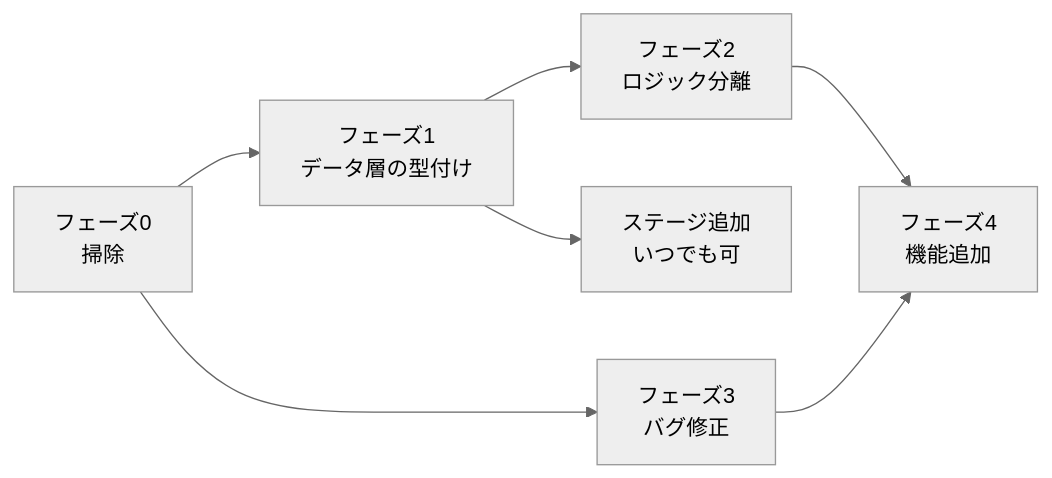
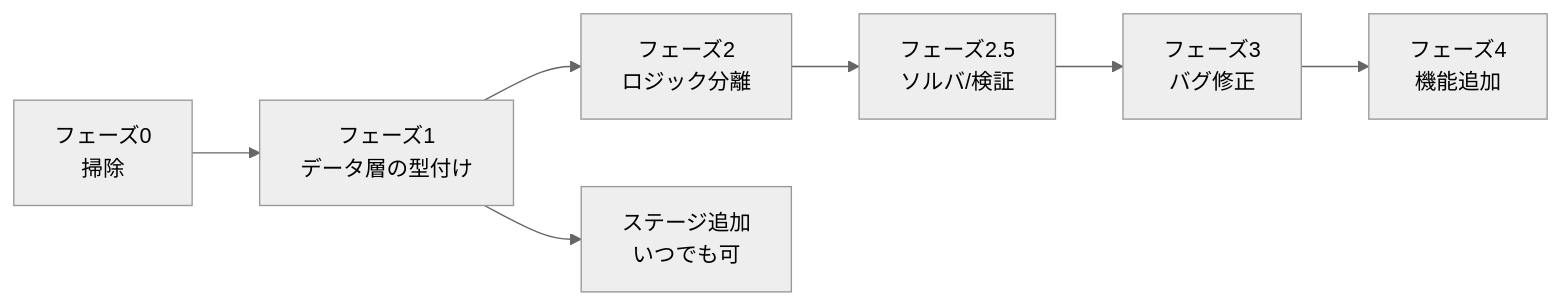
One commit to Asynchronous-0x4C/LoopCut changed the diagram in dev-docs/07-roadmap.md. Above: the diagram before and after it, drawn with Mermaid (neutral theme). The commit also changed other lines of this file and 7 other files, not shown here.

````diff
--- a/dev-docs/07-roadmap.md
+++ b/dev-docs/07-roadmap.md
@@ -16,9 +16,9 @@
 ```mermaid
 flowchart LR
   P0[フェーズ0<br/>掃除] --> P1[フェーズ1<br/>データ層の型付け]
-  P0 --> P3[フェーズ3<br/>バグ修正]
   P1 --> P2[フェーズ2<br/>ロジック分離]
-  P2 --> P4[フェーズ4<br/>機能追加]
-  P3 --> P4
+  P2 --> P25[フェーズ2.5<br/>ソルバ/検証]
+  P25 --> P3[フェーズ3<br/>バグ修正]
+  P3 --> P4[フェーズ4<br/>機能追加]
   P1 --> S[ステージ追加<br/>いつでも可]
 ```
````
